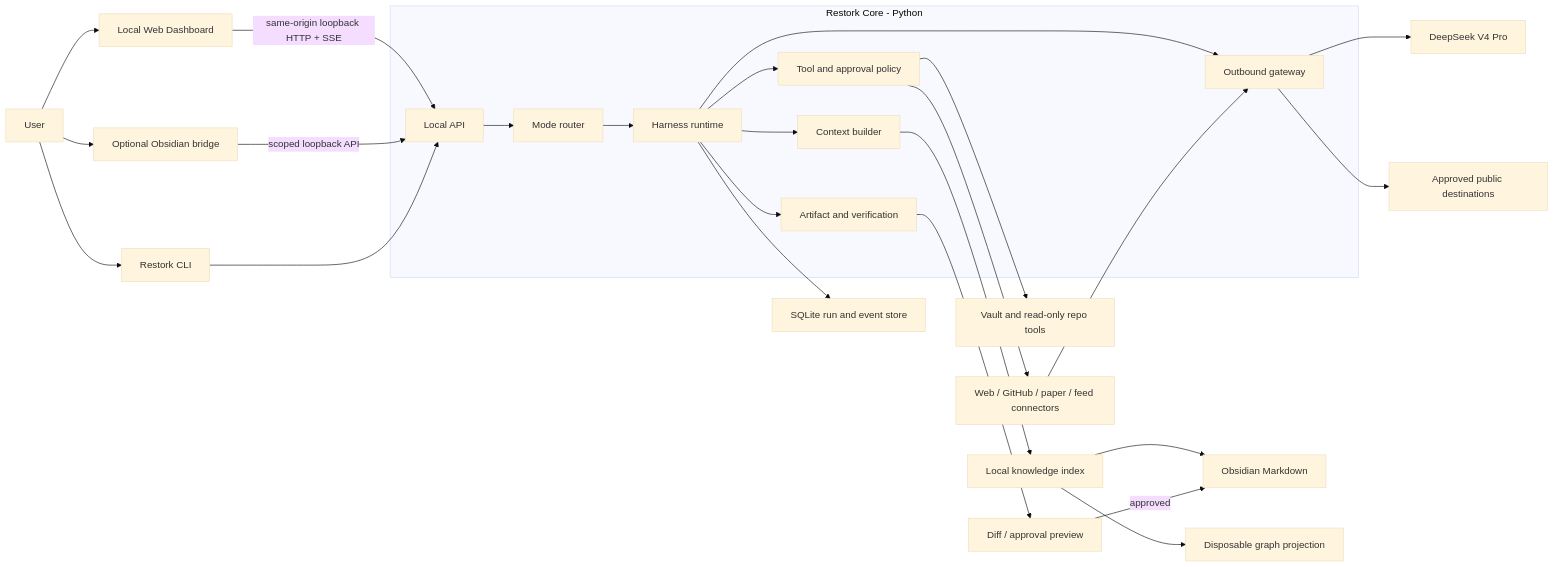
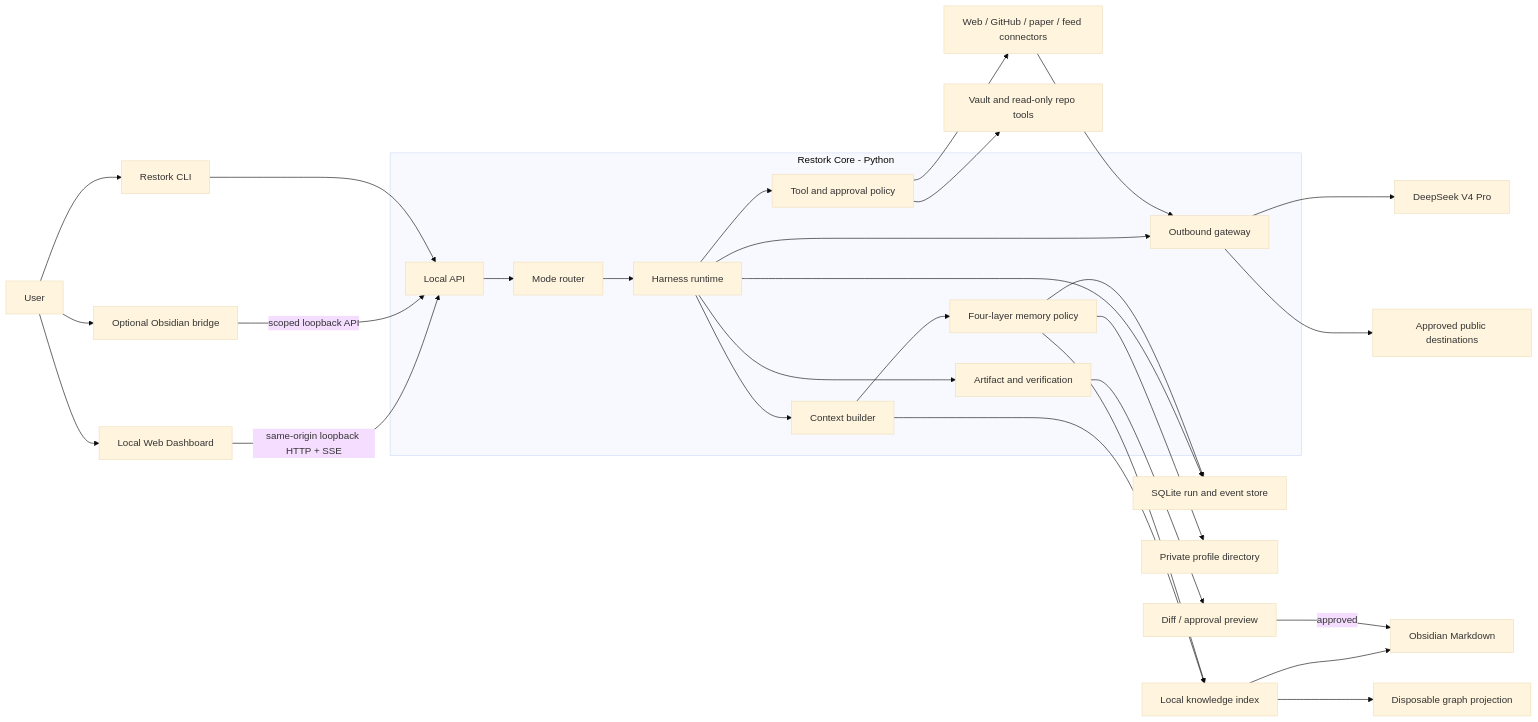
One commit to Totoro-qaq/restork changed the diagram in specs/restork-v1.md. Above: the diagram before and after it, drawn with Mermaid (base theme). The commit also changed other lines of this file and 2 other files, not shown here.

Commit message:
docs: define Step 6 memory and experience (#38)

````diff
--- a/specs/restork-v1.md
+++ b/specs/restork-v1.md
@@ -418,30 +452,34 @@
 ```mermaid
 flowchart LR
   User["User"] --> Dashboard["Local Web Dashboard"]
   User --> Plugin["Optional Obsidian bridge"]
   User --> CLI["Restork CLI"]
   Dashboard -->|"same-origin loopback HTTP + SSE"| API["Local API"]
   Plugin -->|"scoped loopback API"| API
   CLI --> API
 
   subgraph Core["Restork Core - Python"]
     API --> Router["Mode router"]
     Router --> Harness["Harness runtime"]
     Harness --> Context["Context builder"]
     Harness --> Policy["Tool and approval policy"]
     Harness --> Outbound["Outbound gateway"]
     Harness --> Artifacts["Artifact and verification"]
+    Context --> Memory["Four-layer memory policy"]
   end
 
   Context --> Index["Local knowledge index"]
   Index --> Vault["Obsidian Markdown"]
   Index --> Graph["Disposable graph projection"]
   Policy --> LocalTools["Vault and read-only repo tools"]
   Policy --> Connectors["Web / GitHub / paper / feed connectors"]
   Connectors --> Outbound
   Outbound --> Provider["DeepSeek V4 Pro"]
   Outbound --> PublicNet["Approved public destinations"]
   Harness --> State["SQLite run and event store"]
+  Memory --> State
+  Memory --> Profiles["Private profile directory"]
+  Memory --> Index
   Artifacts --> Preview["Diff / approval preview"]
   Preview -->|"approved"| Vault
 ```
````
